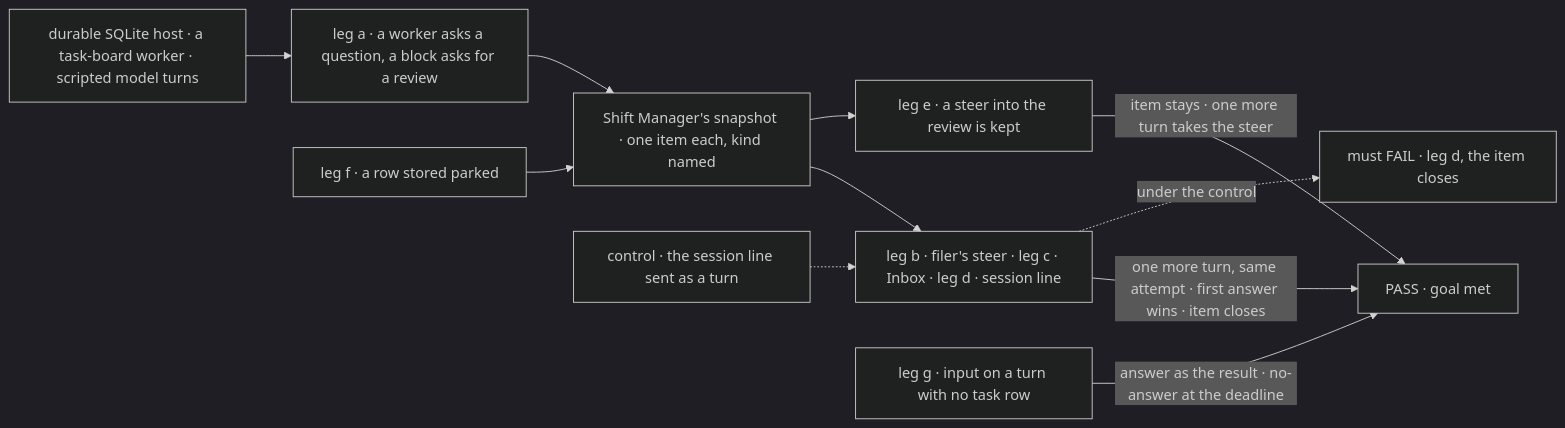
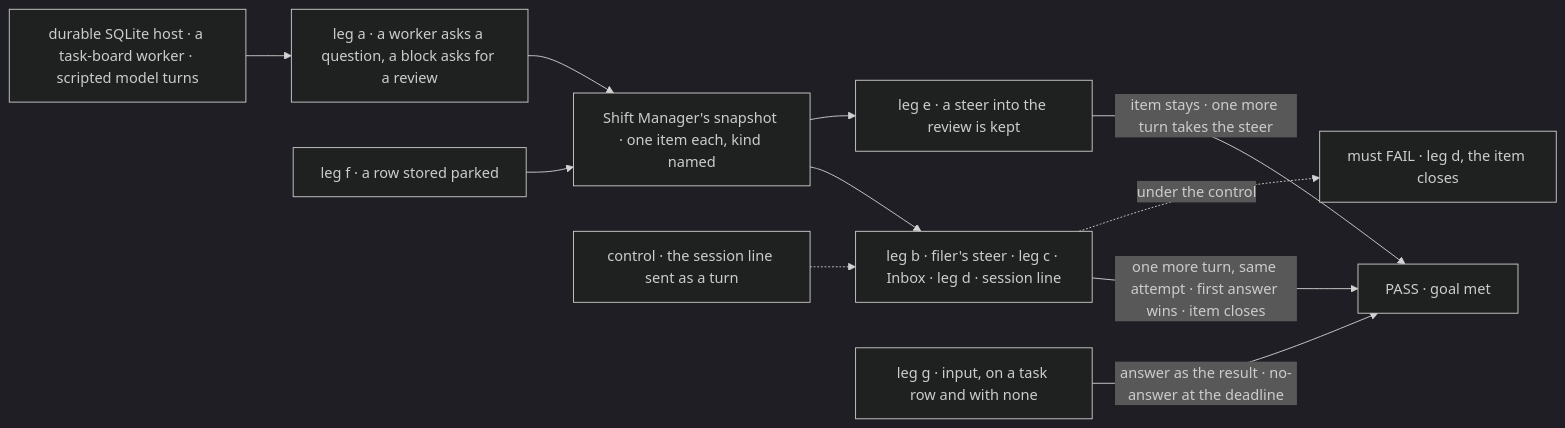
Before and after one commit to fixpoint-labs/flow-state-dev: the first of 2 diagrams in specs/issues/FIX-2131/SPEC.md, drawn with Mermaid (dark theme). The commit also changed other lines of this file and 1 other file, not shown here.

First line of the commit message:
spec(FIX-2131): input suspends on a task turn too — ER-1's test is who consumes the answer

````diff
--- a/specs/issues/FIX-2131/SPEC.md
+++ b/specs/issues/FIX-2131/SPEC.md
@@ -29,13 +29,13 @@
 ```mermaid
 flowchart LR
   H["durable SQLite host · a task-board worker · scripted model turns"] --> A["leg a · a worker asks a question, a block asks for a review"]
   A --> I["Shift Manager's snapshot · one item each, kind named"]
   I --> B["leg b · filer's steer · leg c · Inbox · leg d · session line"]
   I --> W["leg e · a steer into the review is kept"]
   L["leg f · a row stored parked"] --> I
-  N["leg g · input on a turn with no task row"] -->|"answer as the result · no-answer at the deadline"| P
+  N["leg g · input, on a task row and with none"] -->|"answer as the result · no-answer at the deadline"| P
   B -->|"one more turn, same attempt · first answer wins · item closes"| P["PASS · goal met"]
   W -->|"item stays · one more turn takes the steer"| P
   C["control · the session line sent as a turn"] -.-> B
   B -.->|"under the control"| F["must FAIL · leg d, the item closes"]
 ```
````
